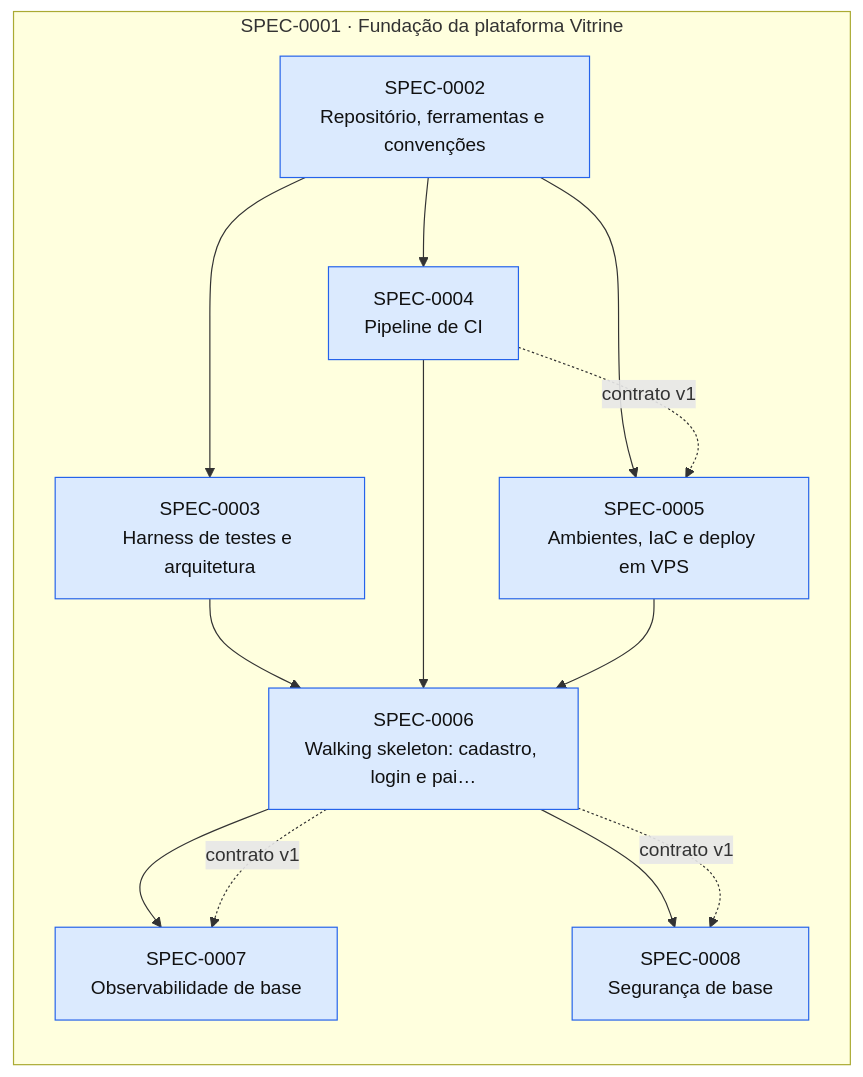
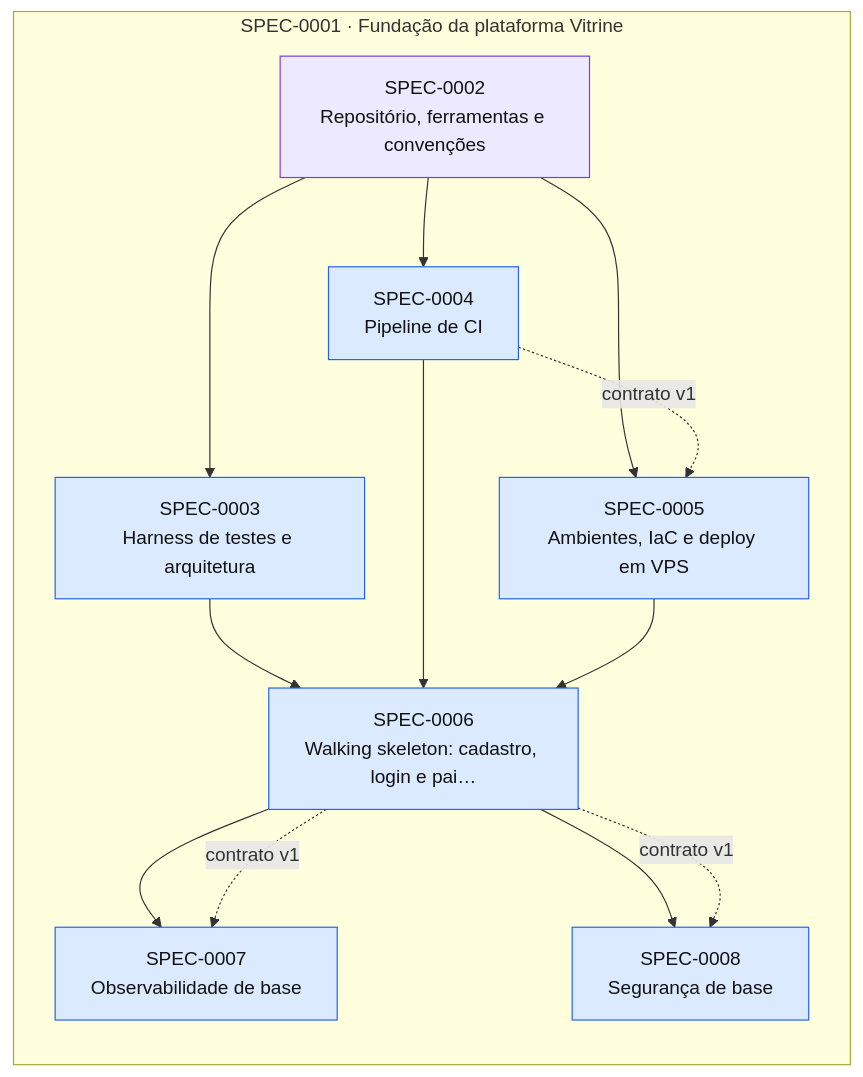
Before and after one commit to thomasravache/vitrine: the diagram in docs/specs/INDEX.md, drawn with Mermaid. The commit also changed other lines of this file and 1 other file, not shown here.

First line of the commit message:
docs(specs): SPEC-0002 em andamento

````diff
--- a/docs/specs/INDEX.md
+++ b/docs/specs/INDEX.md
@@ -62,28 +62,28 @@
 ```mermaid
 flowchart LR
   subgraph E0001["SPEC-0001 · Fundação da plataforma Vitrine"]
-    S0002["SPEC-0002<br/>Repositório, ferramentas e convenções"]:::approved
+    S0002["SPEC-0002<br/>Repositório, ferramentas e convenções"]:::inprogress
     S0003["SPEC-0003<br/>Harness de testes e arquitetura"]:::approved
     S0004["SPEC-0004<br/>Pipeline de CI"]:::approved
     S0005["SPEC-0005<br/>Ambientes, IaC e deploy em VPS"]:::approved
     S0006["SPEC-0006<br/>Walking skeleton: cadastro, login e pai…"]:::approved
     S0007["SPEC-0007<br/>Observabilidade de base"]:::approved
     S0008["SPEC-0008<br/>Segurança de base"]:::approved
   end
   S0002 --> S0003
   S0002 --> S0004
   S0002 --> S0005
   S0004 -. contrato v1 .-> S0005
   S0003 --> S0006
   S0004 --> S0006
   S0005 --> S0006
   S0006 --> S0007
   S0006 -. contrato v1 .-> S0007
   S0006 --> S0008
   S0006 -. contrato v1 .-> S0008
   classDef proposed fill:#fef3c7,stroke:#d97706,color:#111
   classDef approved fill:#dbeafe,stroke:#2563eb,color:#111
   classDef inprogress fill:#ede9fe,stroke:#7c3aed,color:#111
   classDef implemented fill:#dcfce7,stroke:#16a34a,color:#111
   classDef deprecated fill:#f3f4f6,stroke:#9ca3af,color:#6b7280
 ```
````
